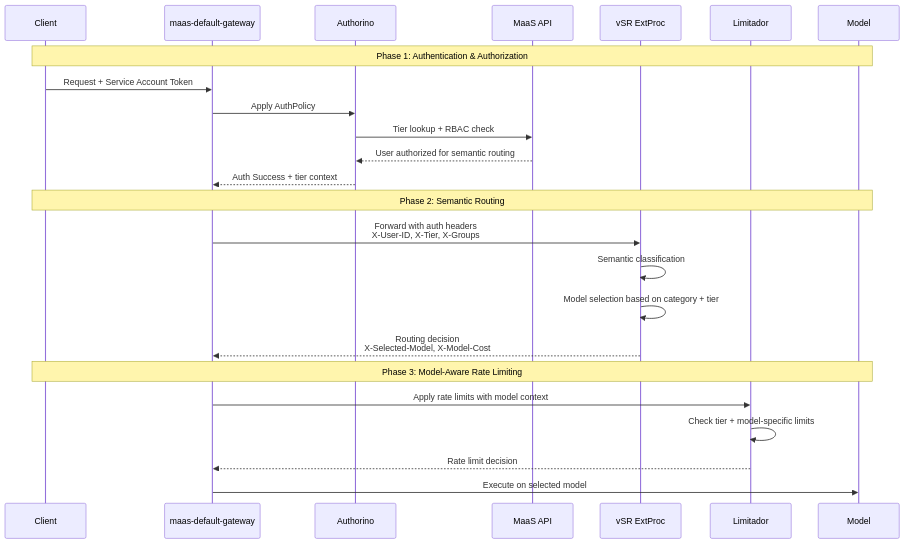
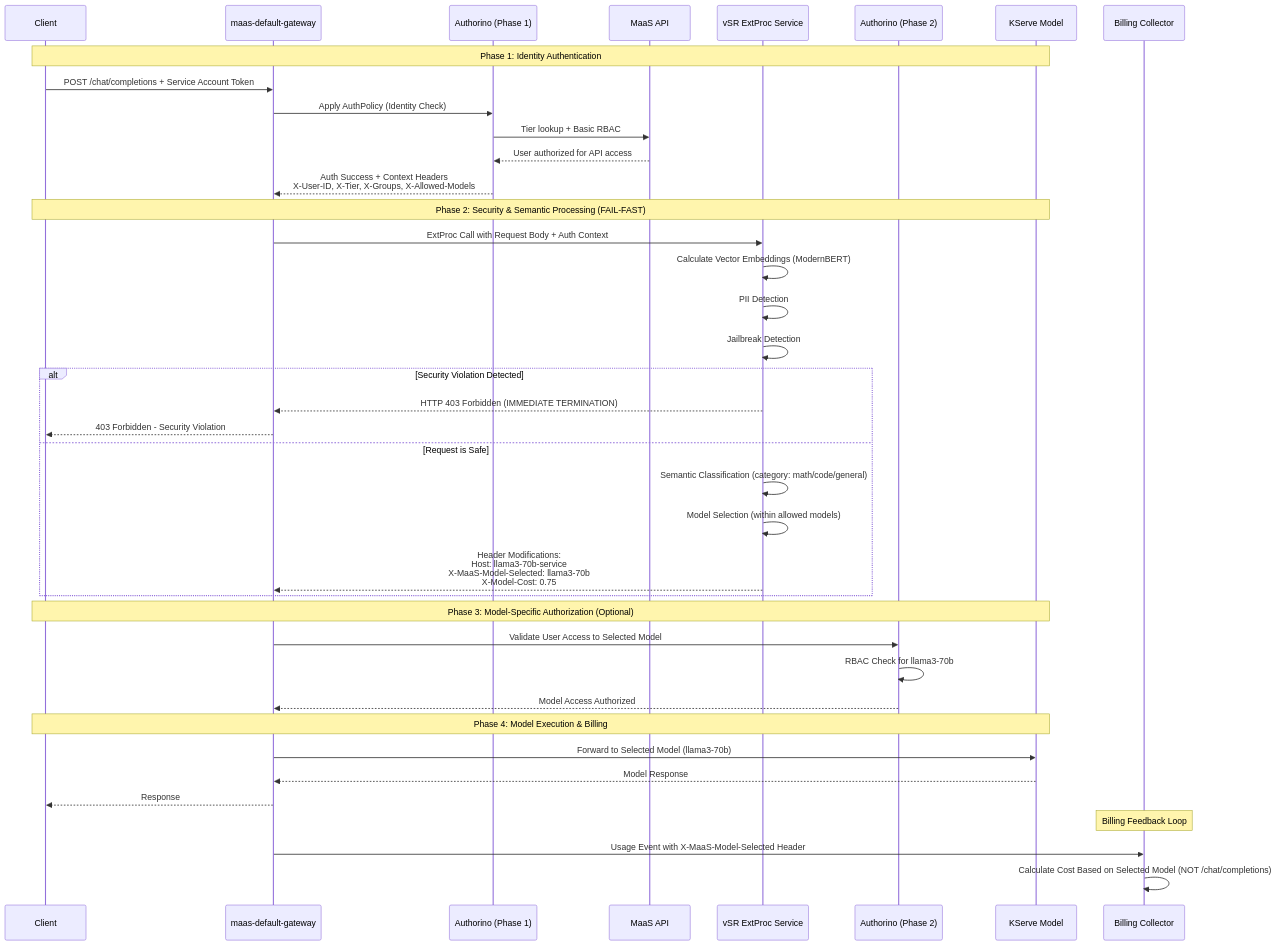
Before and after one commit to noyitz/maas-billing: the ninth of 9 diagrams in docs/designs/vSR-Integration/README.md, drawn with Mermaid. The commit also changed other lines of this file, not shown here.

First line of the commit message:
Fix three critical architectural flaws in vSR-MaaS integration design

````diff
--- a/docs/designs/vSR-Integration/README.md
+++ b/docs/designs/vSR-Integration/README.md
@@ -365,29 +370,47 @@
 ```mermaid
 sequenceDiagram
     participant Client
-    participant Gateway as maas-default-gateway  
-    participant Authorino
+    participant Gateway as maas-default-gateway
+    participant Authorino as Authorino (Phase 1)
     participant MaaSAPI as MaaS API
-    participant vSR as vSR ExtProc
-    participant Limitador
-    participant Model
+    participant vSR as vSR ExtProc Service
+    participant Authorino2 as Authorino (Phase 2)
+    participant KServe as KServe Model
+    participant Billing as Billing Collector
     
-    Note over Client,Model: Phase 1: Authentication & Authorization
-    Client->>Gateway: Request + Service Account Token
-    Gateway->>Authorino: Apply AuthPolicy
-    Authorino->>MaaSAPI: Tier lookup + RBAC check
-    MaaSAPI-->>Authorino: User authorized for semantic routing
-    Authorino-->>Gateway: Auth Success + tier context
+    Note over Client,KServe: Phase 1: Identity Authentication
+    Client->>Gateway: POST /chat/completions + Service Account Token
+    Gateway->>Authorino: Apply AuthPolicy (Identity Check)
+    Authorino->>MaaSAPI: Tier lookup + Basic RBAC
+    MaaSAPI-->>Authorino: User authorized for API access
+    Authorino-->>Gateway: Auth Success + Context Headers<br/>X-User-ID, X-Tier, X-Groups, X-Allowed-Models
     
-    Note over Client,Model: Phase 2: Semantic Routing
-    Gateway->>vSR: Forward with auth headers<br/>X-User-ID, X-Tier, X-Groups
-    vSR->>vSR: Semantic classification
-    vSR->>vSR: Model selection based on category + tier
-    vSR-->>Gateway: Routing decision<br/>X-Selected-Model, X-Model-Cost
+    Note over Client,KServe: Phase 2: Security & Semantic Processing (FAIL-FAST)
+    Gateway->>vSR: ExtProc Call with Request Body + Auth Context
+    vSR->>vSR: Calculate Vector Embeddings (ModernBERT)
+    vSR->>vSR: PII Detection
+    vSR->>vSR: Jailbreak Detection
     
-    Note over Client,Model: Phase 3: Model-Aware Rate Limiting
-    Gateway->>Limitador: Apply rate limits with model context
-    Limitador->>Limitador: Check tier + model-specific limits
-    Limitador-->>Gateway: Rate limit decision
-    Gateway->>Model: Execute on selected model
+    alt Security Violation Detected
+        vSR-->>Gateway: HTTP 403 Forbidden (IMMEDIATE TERMINATION)
+        Gateway-->>Client: 403 Forbidden - Security Violation
+    else Request is Safe
+        vSR->>vSR: Semantic Classification (category: math/code/general)
+        vSR->>vSR: Model Selection (within allowed models)
+        vSR-->>Gateway: Header Modifications:<br/>Host: llama3-70b-service<br/>X-MaaS-Model-Selected: llama3-70b<br/>X-Model-Cost: 0.75
+    end
+    
+    Note over Client,KServe: Phase 3: Model-Specific Authorization (Optional)
+    Gateway->>Authorino2: Validate User Access to Selected Model
+    Authorino2->>Authorino2: RBAC Check for llama3-70b
+    Authorino2-->>Gateway: Model Access Authorized
+    
+    Note over Client,KServe: Phase 4: Model Execution & Billing
+    Gateway->>KServe: Forward to Selected Model (llama3-70b)
+    KServe-->>Gateway: Model Response
+    Gateway-->>Client: Response
+    
+    Note over Billing: Billing Feedback Loop
+    Gateway->>Billing: Usage Event with X-MaaS-Model-Selected Header
+    Billing->>Billing: Calculate Cost Based on Selected Model (NOT /chat/completions)
 ```
````
